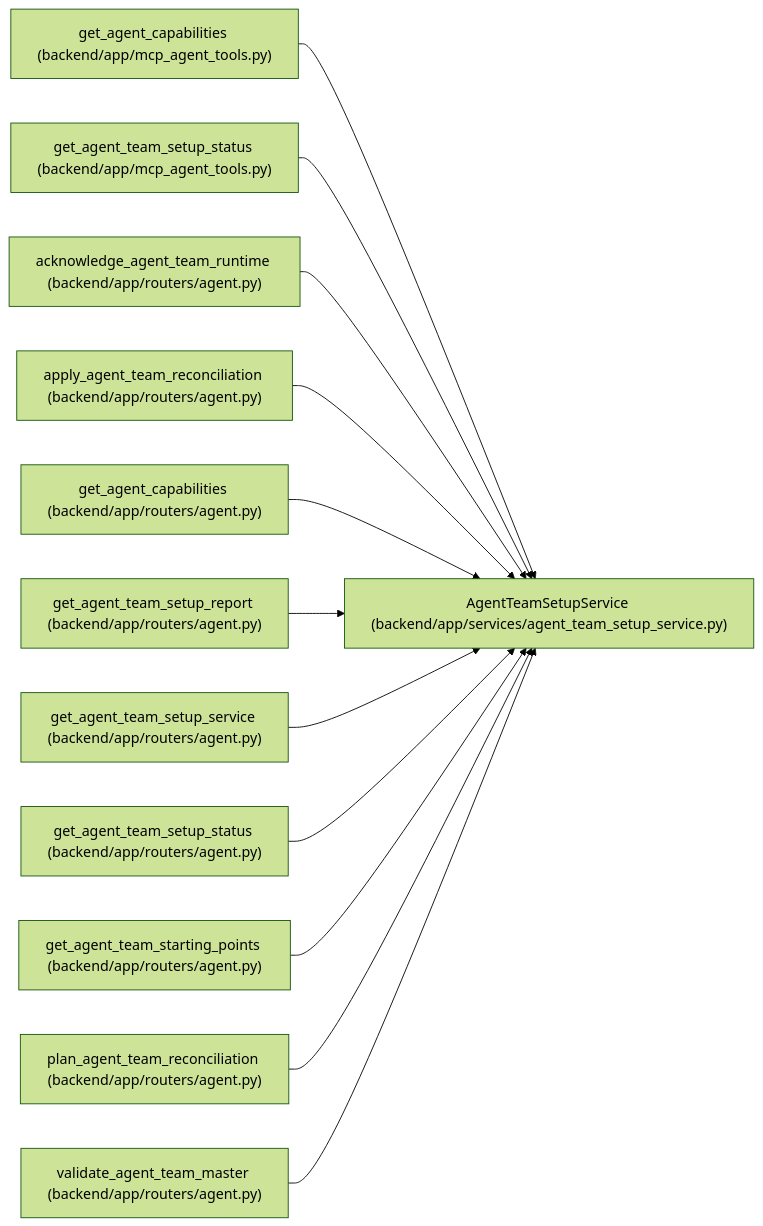
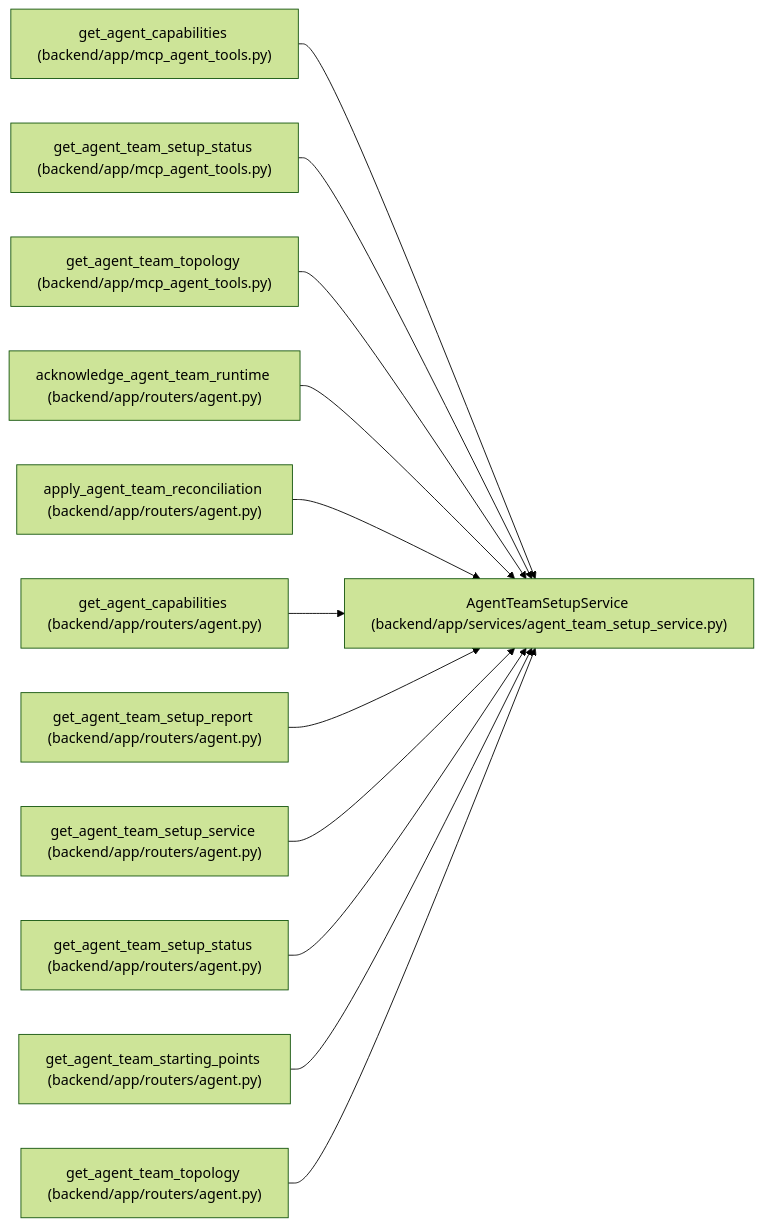
One commit to Denissvgn/WorkChord changed the diagram in docs/llm_wiki/entities/AgentTeamSetupService.md. Above: the diagram before and after it, drawn with Mermaid (forest theme). The commit also changed other lines of this file and 925 other files, not shown here.

Commit message:
docs(wiki): refresh for the team topology read

````diff
--- a/docs/llm_wiki/entities/AgentTeamSetupService.md
+++ b/docs/llm_wiki/entities/AgentTeamSetupService.md
@@ -73,38 +74,38 @@
 ```mermaid
 flowchart LR
     n0["AgentTeamSetupService (backend/app/services/agent_team_setup_service.py)"]
     n1["get_agent_capabilities (backend/app/mcp_agent_tools.py)"]
     n2["get_agent_team_setup_status (backend/app/mcp_agent_tools.py)"]
-    n3["acknowledge_agent_team_runtime (backend/app/routers/agent.py)"]
-    n4["apply_agent_team_reconciliation (backend/app/routers/agent.py)"]
-    n5["get_agent_capabilities (backend/app/routers/agent.py)"]
-    n6["get_agent_team_setup_report (backend/app/routers/agent.py)"]
-    n7["get_agent_team_setup_service (backend/app/routers/agent.py)"]
-    n8["get_agent_team_setup_status (backend/app/routers/agent.py)"]
-    n9["get_agent_team_starting_points (backend/app/routers/agent.py)"]
-    n10["plan_agent_team_reconciliation (backend/app/routers/agent.py)"]
-    n11["validate_agent_team_master (backend/app/routers/agent.py)"]
+    n3["get_agent_team_topology (backend/app/mcp_agent_tools.py)"]
+    n4["acknowledge_agent_team_runtime (backend/app/routers/agent.py)"]
+    n5["apply_agent_team_reconciliation (backend/app/routers/agent.py)"]
+    n6["get_agent_capabilities (backend/app/routers/agent.py)"]
+    n7["get_agent_team_setup_report (backend/app/routers/agent.py)"]
+    n8["get_agent_team_setup_service (backend/app/routers/agent.py)"]
+    n9["get_agent_team_setup_status (backend/app/routers/agent.py)"]
+    n10["get_agent_team_starting_points (backend/app/routers/agent.py)"]
+    n11["get_agent_team_topology (backend/app/routers/agent.py)"]
     n1 --> n0
     n2 --> n0
     n3 --> n0
     n4 --> n0
     n5 --> n0
     n6 --> n0
     n7 --> n0
     n8 --> n0
     n9 --> n0
     n10 --> n0
     n11 --> n0
     click n0 "../modules/agent_team_setup_service.md"
     click n1 "../modules/mcp_agent_tools.md"
     click n2 "../modules/mcp_agent_tools.md"
-    click n3 "../modules/routers_agent.md"
+    click n3 "../modules/mcp_agent_tools.md"
     click n4 "../modules/routers_agent.md"
     click n5 "../modules/routers_agent.md"
     click n6 "../modules/routers_agent.md"
     click n7 "../modules/routers_agent.md"
     click n8 "../modules/routers_agent.md"
     click n9 "../modules/routers_agent.md"
     click n10 "../modules/routers_agent.md"
     click n11 "../modules/routers_agent.md"
 ```
````
